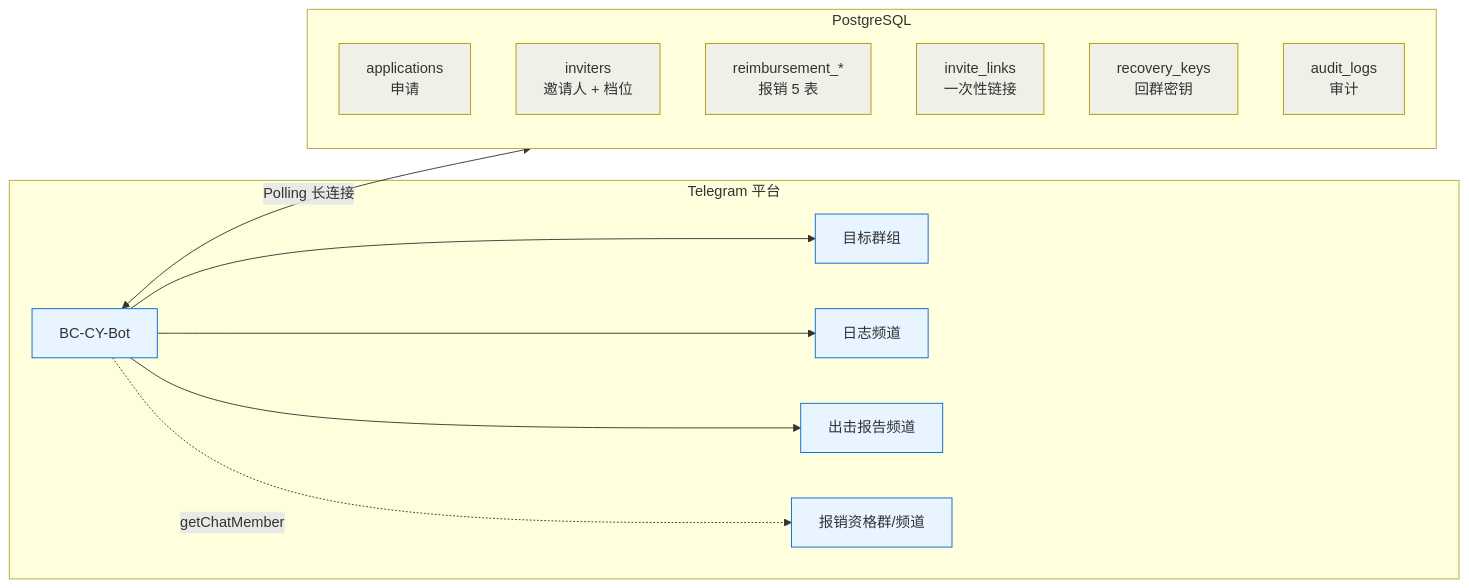
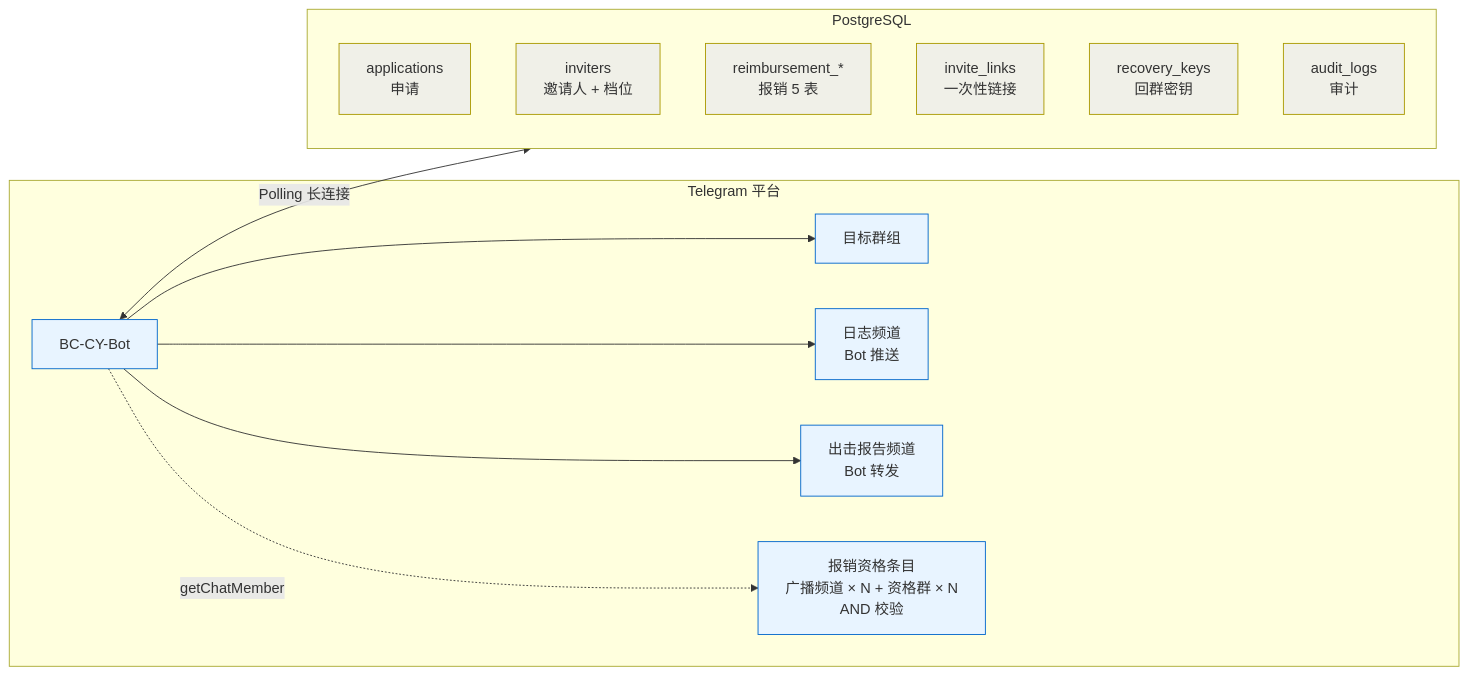
The second of 22 diagrams in OPERATIONS.md (ARi1059/BC-CY-Bot), drawn with Mermaid before and after one commit. The commit also changed other lines of this file and 1 other file, not shown here.

````diff
--- a/OPERATIONS.md
+++ b/OPERATIONS.md
@@ -73,30 +73,30 @@
 ```mermaid
 flowchart LR
   subgraph TG[Telegram 平台]
     Bot[BC-CY-Bot]
     Grp[目标群组]
-    LogCh[日志频道]
-    RptCh[出击报告频道]
-    EligCh[报销资格群/频道]
+    LogCh[日志频道<br/>Bot 推送]
+    RptCh[出击报告频道<br/>Bot 转发]
+    EligCh["报销资格条目<br/>广播频道 × N + 资格群 × N<br/>AND 校验"]
   end
 
   subgraph DB[PostgreSQL]
     T1[applications<br/>申请]
     T2[inviters<br/>邀请人 + 档位]
     T3[reimbursement_*<br/>报销 5 表]
     T4[invite_links<br/>一次性链接]
     T5[recovery_keys<br/>回群密钥]
     T6[audit_logs<br/>审计]
   end
 
   Bot <-->|Polling 长连接| DB
   Bot --> LogCh
   Bot --> RptCh
   Bot --> Grp
   Bot -. getChatMember .-> EligCh
 
   classDef tg fill:#e8f4ff,stroke:#06c
   classDef db fill:#f0f0e8,stroke:#a90
   class Bot,Grp,LogCh,RptCh,EligCh tg
   class T1,T2,T3,T4,T5,T6 db
 ```
````
